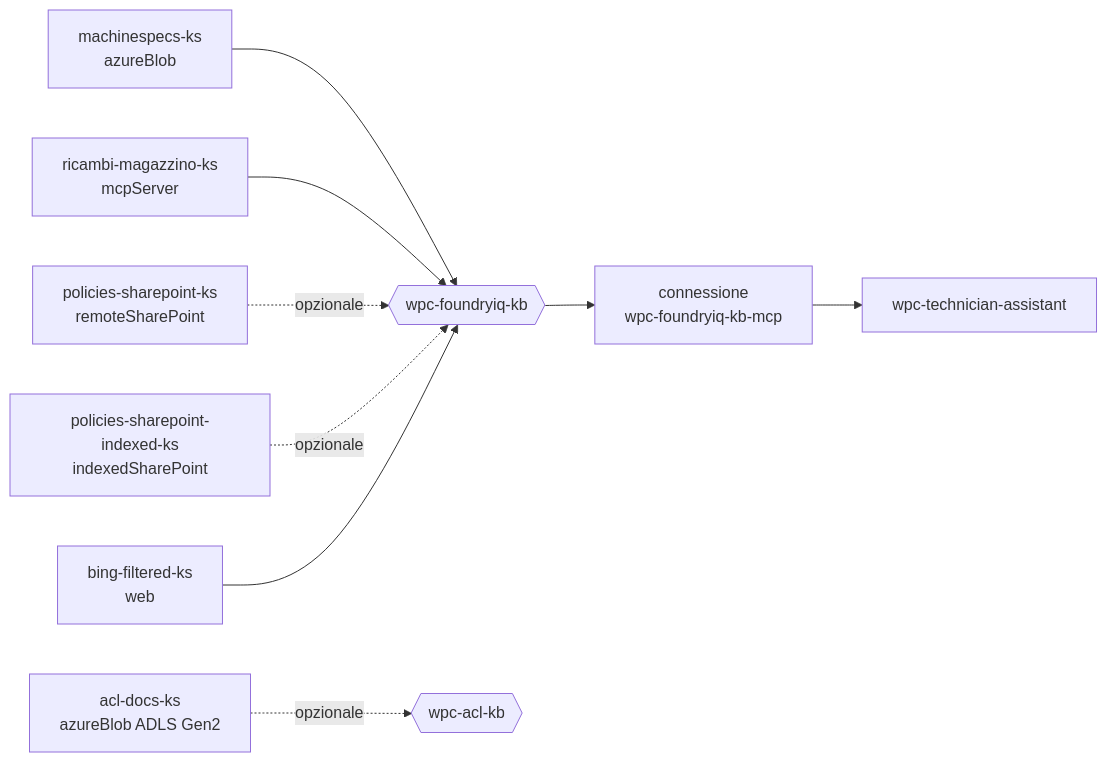
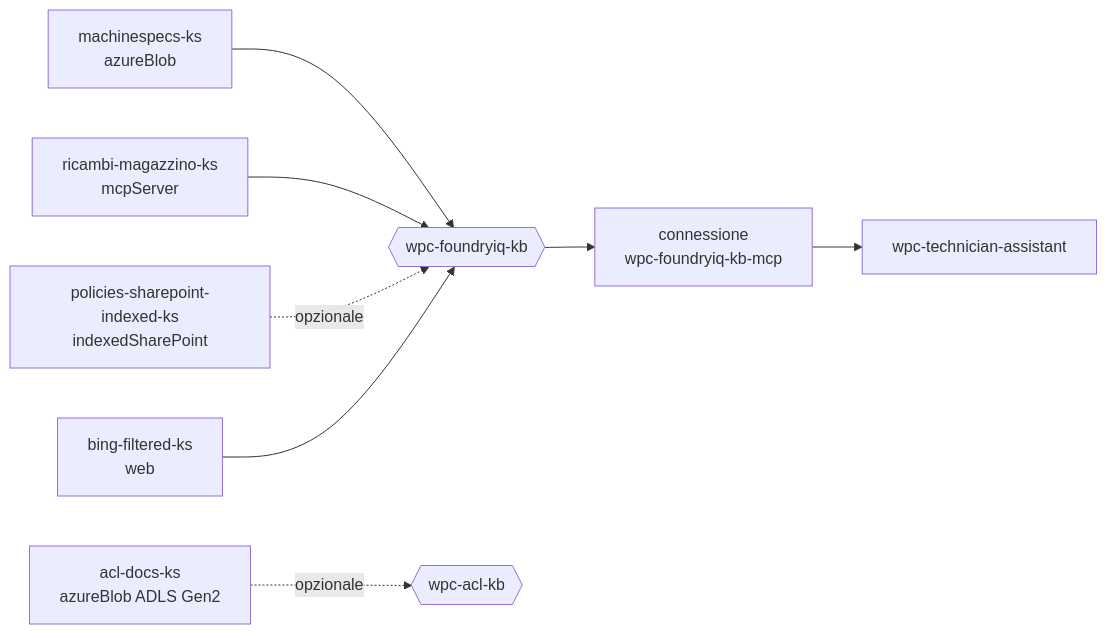
Before and after one commit to congiuluc/wpc2026-foundryiq-demo: the third of 3 diagrams in infra/README.md, drawn with Mermaid. The commit also changed other lines of this file and 38 other files, not shown here.

````diff
--- a/infra/README.md
+++ b/infra/README.md
@@ -235,11 +235,10 @@
 ```mermaid
 flowchart LR
     KS1[machinespecs-ks<br/>azureBlob] --> KB1{{wpc-foundryiq-kb}}
     KS2[ricambi-magazzino-ks<br/>mcpServer] --> KB1
-    KS3[policies-sharepoint-ks<br/>remoteSharePoint] -.opzionale.-> KB1
     KS6[policies-sharepoint-indexed-ks<br/>indexedSharePoint] -.opzionale.-> KB1
     KS4[bing-filtered-ks<br/>web] --> KB1
     KS5[acl-docs-ks<br/>azureBlob ADLS Gen2] -.opzionale.-> KB2{{wpc-acl-kb}}
     KB1 --> C1[connessione<br/>wpc-foundryiq-kb-mcp]
     C1 --> A1[wpc-technician-assistant]
 ```
````
